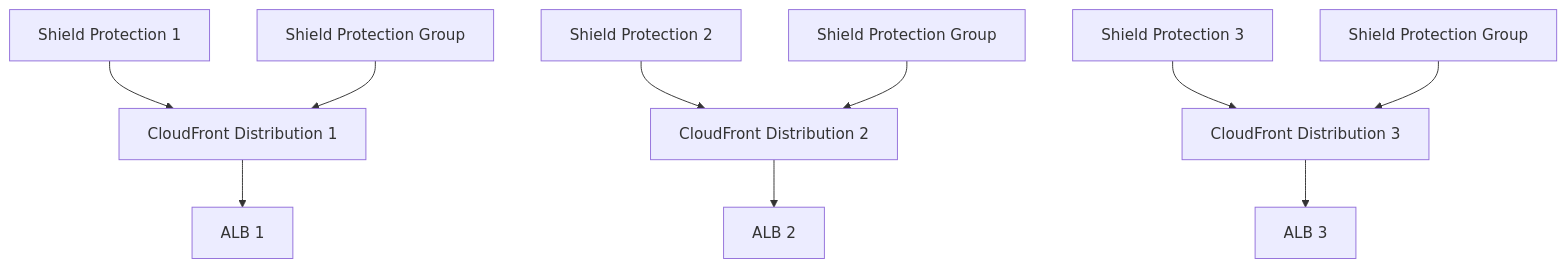
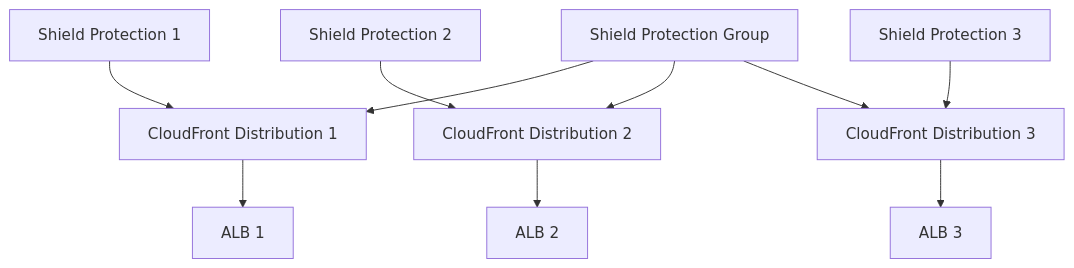
One commit to cloud-gov/product changed the diagram in adr/ADR-0009-shield-advanced.md. Above: the diagram before and after it, drawn with Mermaid.

Commit message:
Condense protection groups

````diff
--- a/adr/ADR-0009-shield-advanced.md
+++ b/adr/ADR-0009-shield-advanced.md
@@ -25,12 +25,10 @@
 ```mermaid
 graph TD
     cf1[CloudFront Distribution 1] --> alb1[ALB 1]
     cf2[CloudFront Distribution 2] --> alb2[ALB 2]
     cf3[CloudFront Distribution 3] --> alb3[ALB 3]
     s1[Shield Protection 1] --> cf1
     s2[Shield Protection 2] --> cf2
     s3[Shield Protection 3] --> cf3
-    sg1[Shield Protection Group] --> cf1
-    sg2[Shield Protection Group] --> cf2
-    sg3[Shield Protection Group] --> cf3
+    sg1[Shield Protection Group] --> cf1 & cf2 & cf3
 ```
````
